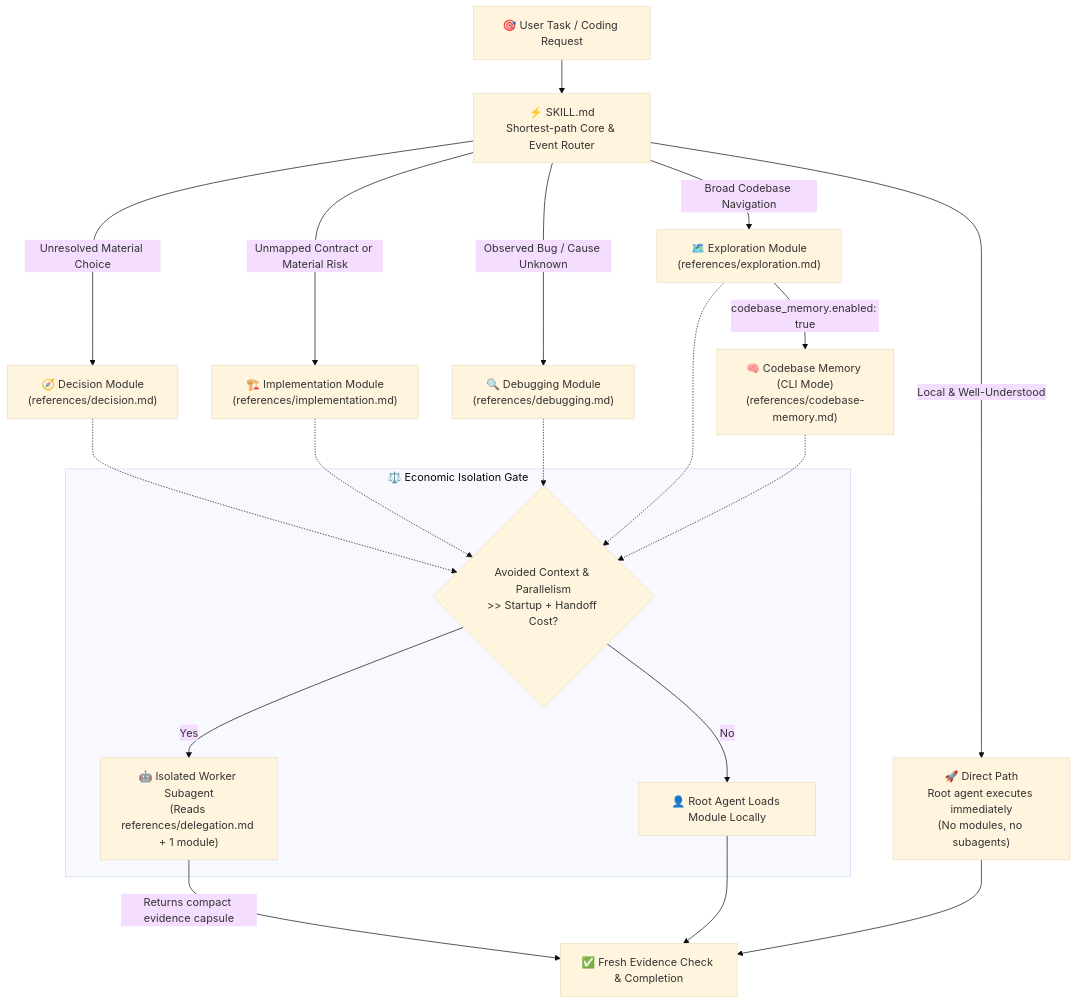
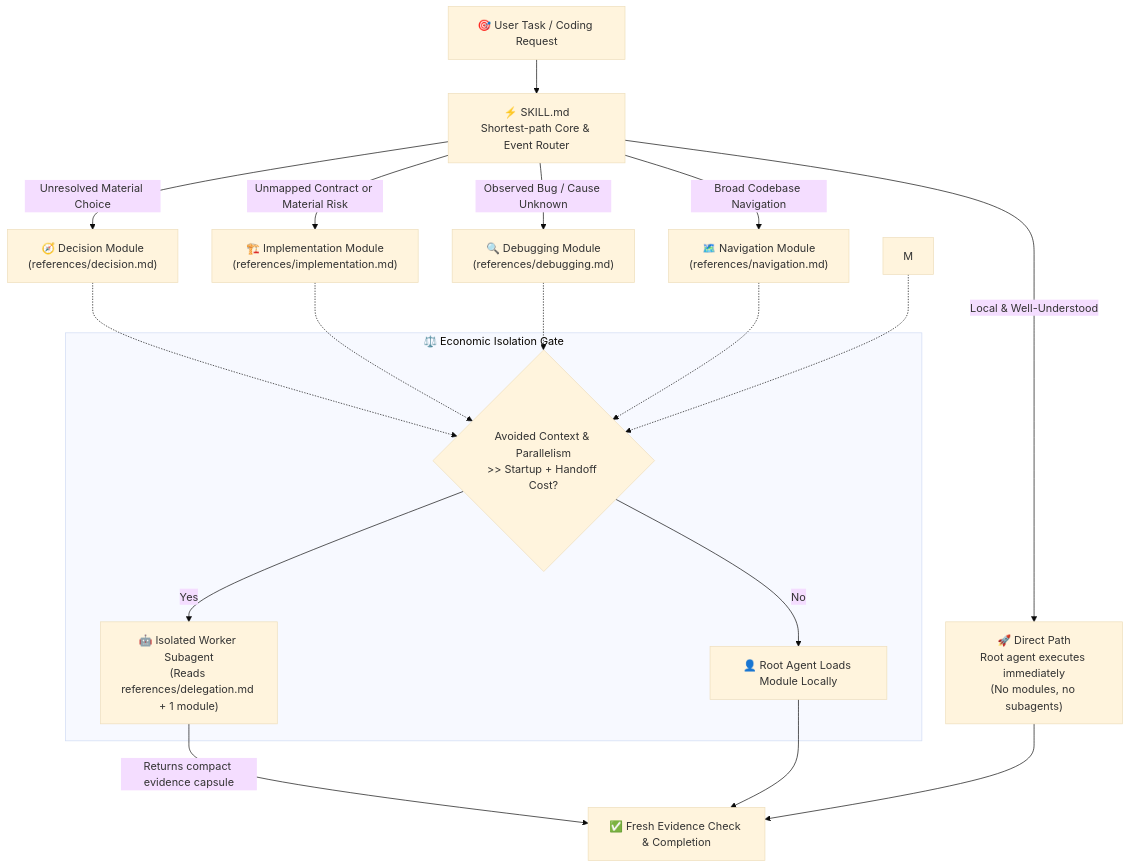
Before and after one commit to Hubujiu/practical-coding: the diagram in README.md, drawn with Mermaid (base theme). The commit also changed other lines of this file and 24 other files, not shown here.

````diff
--- a/README.md
+++ b/README.md
@@ -105,27 +105,26 @@
 ```mermaid
 flowchart TB
     Task["🎯 User Task / Coding Request"] --> Core["⚡ SKILL.md<br/>Shortest-path Core & Event Router"]
 
     Core -->|"Local & Well-Understood"| Direct["🚀 Direct Path<br/>Root agent executes immediately<br/>(No modules, no subagents)"]
     Core -->|"Unresolved Material Choice"| D["🧭 Decision Module<br/>(references/decision.md)"]
     Core -->|"Unmapped Contract or Material Risk"| I["🏗️ Implementation Module<br/>(references/implementation.md)"]
     Core -->|"Observed Bug / Cause Unknown"| G["🔍 Debugging Module<br/>(references/debugging.md)"]
-    Core -->|"Broad Codebase Navigation"| E["🗺️ Exploration Module<br/>(references/exploration.md)"]
-    E -->|"codebase_memory.enabled: true"| M["🧠 Codebase Memory (CLI Mode)<br/>(references/codebase-memory.md)"]
+    Core -->|"Broad Codebase Navigation"| E["🗺️ Navigation Module<br/>(references/navigation.md)"]
 
     subgraph IsolationGate["⚖️ Economic Isolation Gate"]
         IG{"Avoided Context & Parallelism<br/>>> Startup + Handoff Cost?"}
         IG -->|"Yes"| Worker["🤖 Isolated Worker Subagent<br/>(Reads references/delegation.md + 1 module)"]
         IG -->|"No"| RootExec["👤 Root Agent Loads Module Locally"]
     end
 
     D -.-> IG
     I -.-> IG
     G -.-> IG
     E -.-> IG
     M -.-> IG
 
     Worker -->|"Returns compact evidence capsule"| Done["✅ Fresh Evidence Check & Completion"]
     RootExec --> Done
     Direct --> Done
 ```
````
